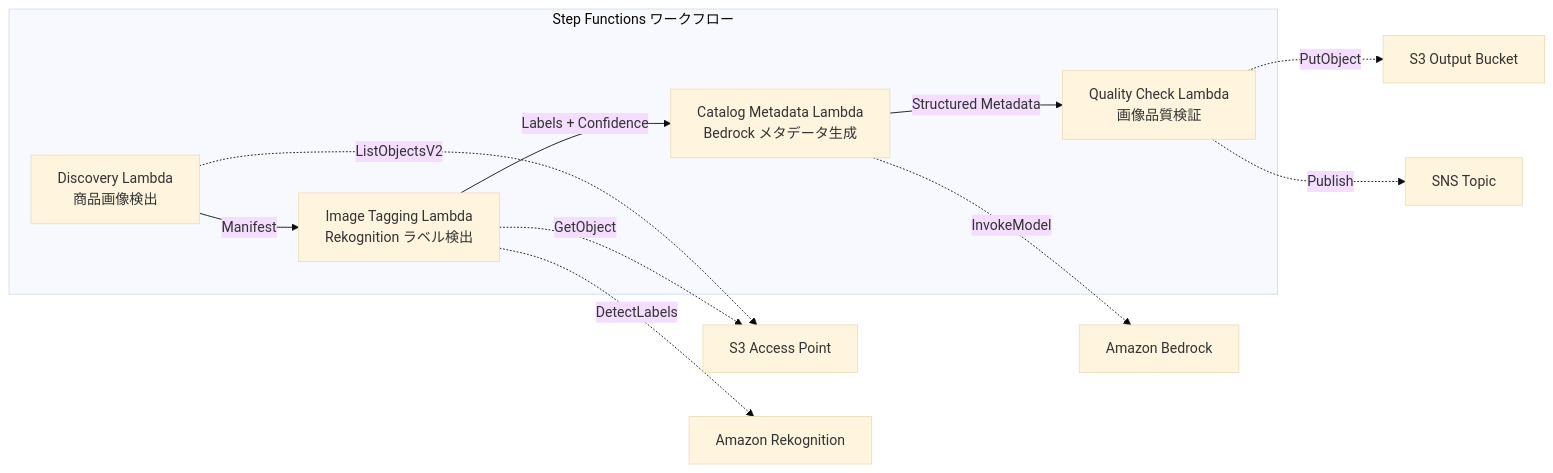
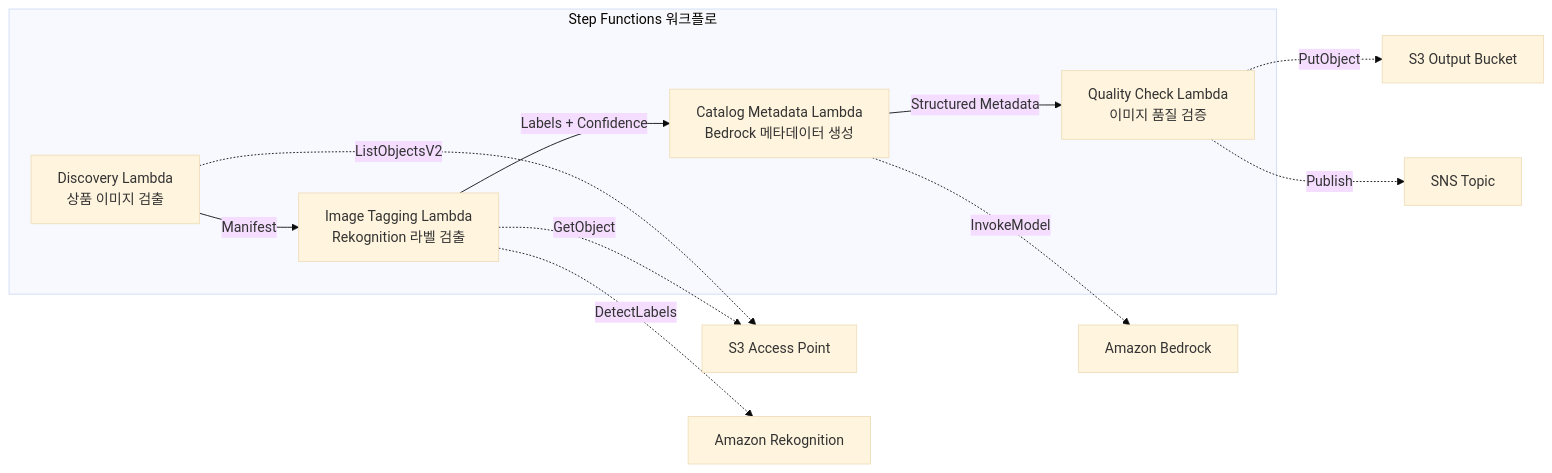
Before and after one commit to Yoshiki0705/FSx-for-ONTAP-S3AccessPoints-Serverless-Patterns: the diagram in solutions/industry/retail-catalog/README.ko.md, drawn with Mermaid (base theme). The commit also changed other lines of this file and 20 other files, not shown here.

````diff
--- a/solutions/industry/retail-catalog/README.ko.md
+++ b/solutions/industry/retail-catalog/README.ko.md
@@ -26,20 +54,20 @@
 ```mermaid
 graph LR
-    subgraph "Step Functions ワークフロー"
-        D[Discovery Lambda<br/>商品画像検出]
-        IT[Image Tagging Lambda<br/>Rekognition ラベル検出]
-        CM[Catalog Metadata Lambda<br/>Bedrock メタデータ生成]
-        QC[Quality Check Lambda<br/>画像品質検証]
+    subgraph "Step Functions 워크플로"
+        D[Discovery Lambda<br/>상품 이미지 검출]
+        IT[Image Tagging Lambda<br/>Rekognition 라벨 검출]
+        CM[Catalog Metadata Lambda<br/>Bedrock 메타데이터 생성]
+        QC[Quality Check Lambda<br/>이미지 품질 검증]
     end
 
     D -->|Manifest| IT
     IT -->|Labels + Confidence| CM
     CM -->|Structured Metadata| QC
 
     D -.->|ListObjectsV2| S3AP[S3 Access Point]
     IT -.->|GetObject| S3AP
     IT -.->|DetectLabels| Rekog[Amazon Rekognition]
     CM -.->|InvokeModel| Bedrock[Amazon Bedrock]
     QC -.->|PutObject| S3OUT[S3 Output Bucket]
     QC -.->|Publish| SNS[SNS Topic]
 ```
````
